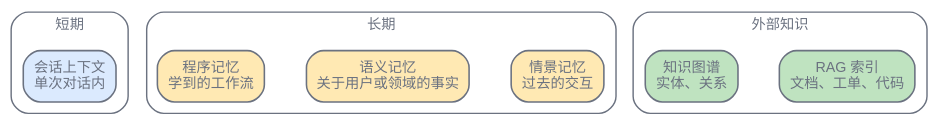
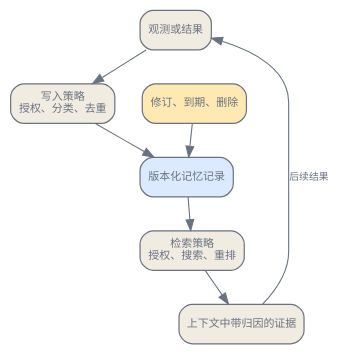
Before and after one commit to latere-ai/ai-as-an-infrastructure: the fourth of 4 diagrams in zh/orchestration/03-memory-systems.qmd, drawn with Graphviz. The commit also changed other lines of this file and 2 other files, not shown here.

Commit message:
docs: rewrite Chinese memory systems chapter

````diff
--- a/zh/orchestration/03-memory-systems.qmd
+++ b/zh/orchestration/03-memory-systems.qmd
@@ -196,41 +283,23 @@
 ```{dot}
-//| label: fig-memory-taxonomy
-//| fig-cap: "记忆分为短期与长期（情景、语义、程序），不同于 RAG 所检索的那种共享的外部知识。"
+//| label: fig-memory-governed-loop
+//| fig-cap: "长期记忆系统同时治理写入和读取路径。来源、授权、修订和删除围绕检索而存在，不能推给索引代劳。"
 digraph {
     bgcolor="transparent";
     rankdir=TB;
-    nodesep=0.4; ranksep=0.5;
+    size="3.2,8.0";
+    nodesep=0.35; ranksep=0.42;
     node [shape=box, style="rounded,filled", fontname="Helvetica", fontsize=10, color="#6b7280", fontcolor="#6b7280", fillcolor="#f1ece1", penwidth=1.1];
-    edge [fontsize=10, fontname="Helvetica", color="#6b7280", fontcolor="#6b7280"];
+    edge [fontsize=9, fontname="Helvetica", color="#6b7280", fontcolor="#6b7280"];
 
-    subgraph cluster_short {
-        label="短期";
-        style=rounded;
-        color="#6b7280";
-        fontcolor="#6b7280";
-        fontsize=10;
-        ST [label="会话上下文\n单次对话内", fillcolor="#dbeafe"];
-    }
+    O [label="观测或结果"];
+    W [label="写入策略\n授权、分类、去重"];
+    M [label="版本化记忆记录", fillcolor="#dbeafe"];
+    R [label="检索策略\n授权、搜索、重排"];
+    C [label="上下文中带归因的证据"];
+    U [label="修订、到期、删除", fillcolor="#ffe9b3"];
 
-    subgraph cluster_long {
-        label="长期";
-        style=rounded;
-        color="#6b7280";
-        fontcolor="#6b7280";
-        fontsize=10;
-        EM [label="情景记忆\n过去的交互", fillcolor="#ffe9b3"];
-        SM [label="语义记忆\n关于用户或领域的事实", fillcolor="#ffe9b3"];
-        PM [label="程序记忆\n学到的工作流", fillcolor="#ffe9b3"];
-    }
-
-    subgraph cluster_external {
-        label="外部知识";
-        style=rounded;
-        color="#6b7280";
-        fontcolor="#6b7280";
-        fontsize=10;
-        RAG [label="RAG 索引\n文档、工单、代码", fillcolor="#bfe3c0"];
-        KG [label="知识图谱\n实体、关系", fillcolor="#bfe3c0"];
-    }
+    O -> W -> M -> R -> C;
+    C -> O [label="后续结果"];
+    U -> M;
 }
 ```
````
